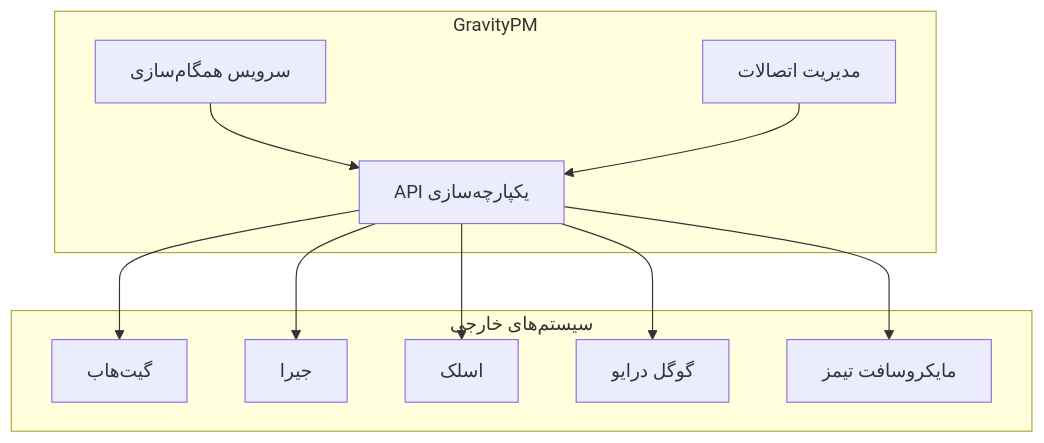
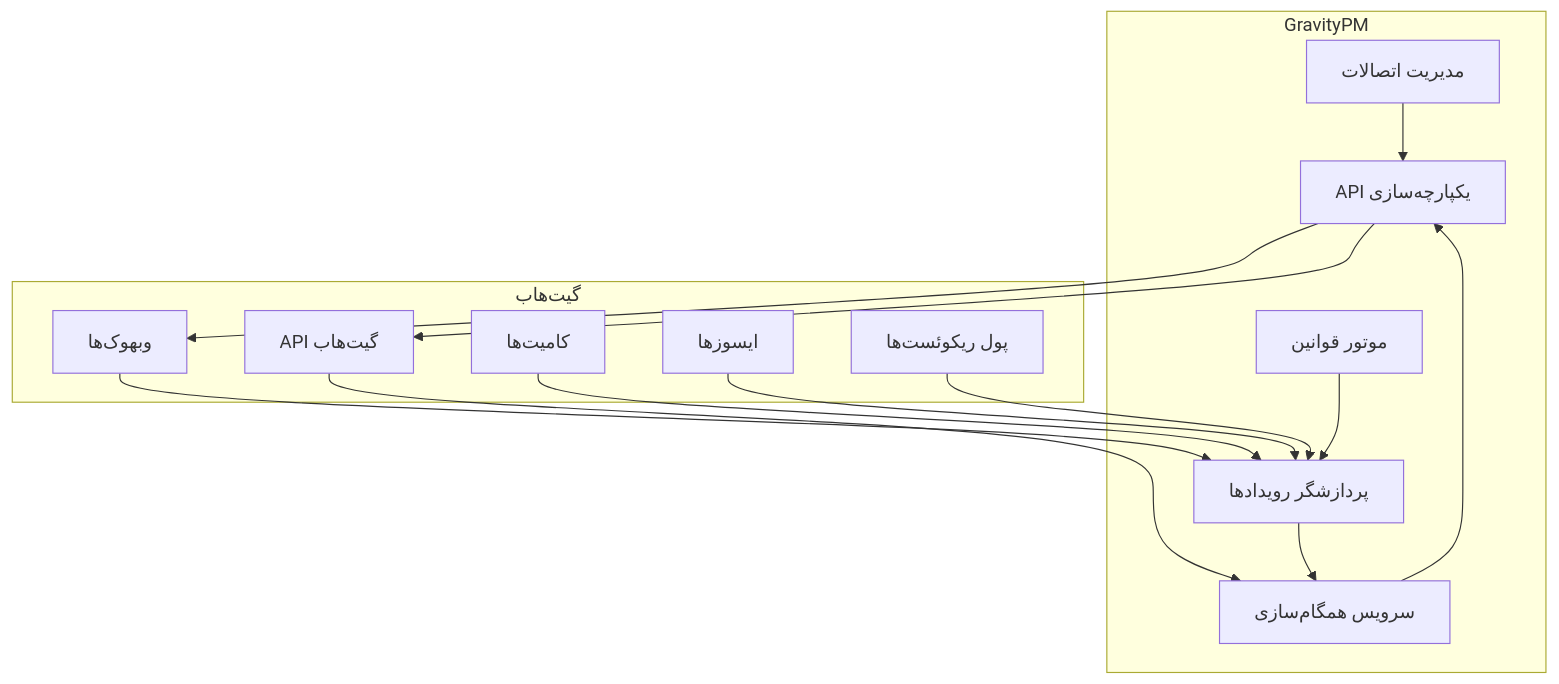
One commit to Shakour-Data/GravityManagement changed diagram 13 of 18 in Docs/Architecture_doc.md. Above: the diagram before and after it, drawn with Mermaid. The commit also changed other lines of this file and 1 other file, not shown here.

Commit message:
`Update Architecture doc: replace "Integration Diagram" with "GitHub Integration Diagram" and modify related sections`

````diff
--- a/Docs/Architecture_doc.md
+++ b/Docs/Architecture_doc.md
@@ -769,25 +769,31 @@
 ```mermaid
 graph TB
     subgraph "GravityPM"
         A[API یکپارچه‌سازی]
         B[سرویس همگام‌سازی]
         C[مدیریت اتصالات]
+        D[پردازشگر رویدادها]
+        E[موتور قوانین]
     end
-    
-    subgraph "سیستم‌های خارجی"
-        D[گیت‌هاب]
-        E[جیرا]
-        F[اسلک]
-        G[گوگل درایو]
-        H[مایکروسافت تیمز]
+
+    subgraph "گیت‌هاب"
+        F[وبهوک‌ها]
+        G[API گیت‌هاب]
+        H[کامیت‌ها]
+        I[ایسوزها]
+        J[پول ریکوئست‌ها]
     end
-    
-    A --> D
-    A --> E
+
     A --> F
     A --> G
-    A --> H
-    
     B --> A
     C --> A
+    D --> B
+    E --> D
+
+    F --> D
+    G --> B
+    H --> D
+    I --> D
+    J --> D
 ```
````
